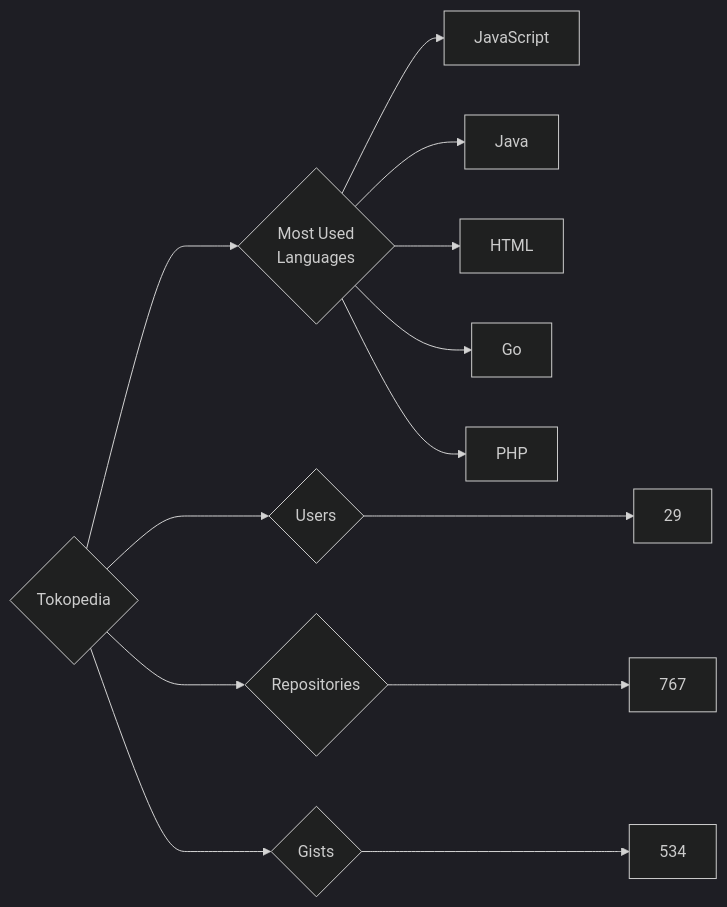
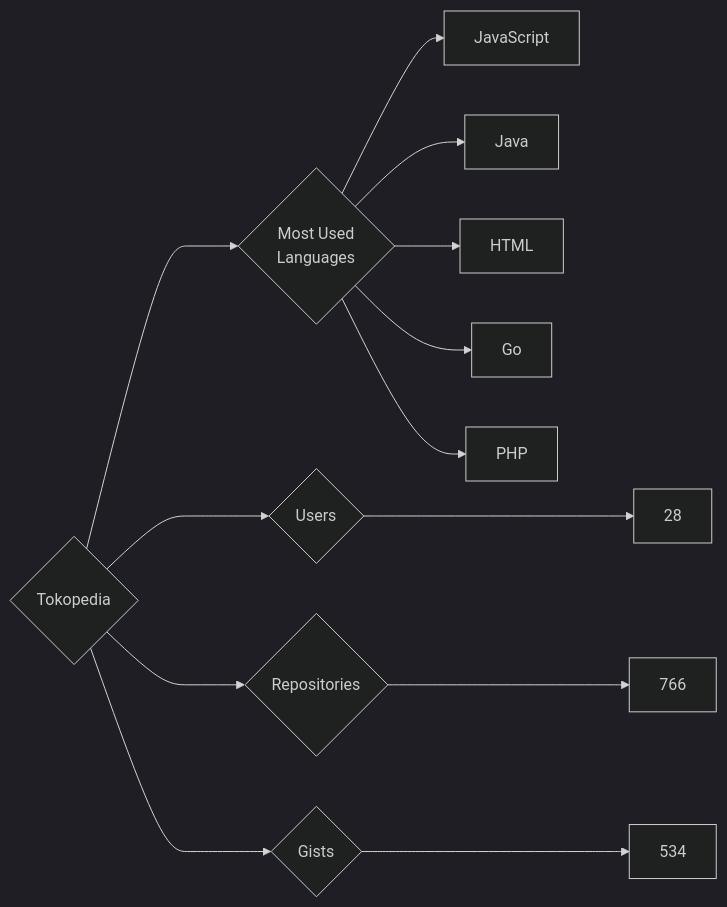
One commit to trickest/insiders changed the diagram in targets/Tokopedia/README.md. Above: the diagram before and after it, drawn with Mermaid (dark theme). The commit also changed 725 other files, not shown here.

````diff
--- a/targets/Tokopedia/README.md
+++ b/targets/Tokopedia/README.md
@@ -3,13 +3,13 @@
 ```mermaid
 graph LR
 COMPANY_NAME{Tokopedia}
-COMPANY_NAME ---> U{Users} ---> UN[29]
-COMPANY_NAME ---> R{Repositories} ---> RN[767]
+COMPANY_NAME ---> U{Users} ---> UN[28]
+COMPANY_NAME ---> R{Repositories} ---> RN[766]
 COMPANY_NAME ---> G{Gists} ---> GN[534]
 COMPANY_NAME ---> ML{Most Used<br>Languages}
 ML --> JavaScript[JavaScript]
 ML --> Java[Java]
 ML --> HTML[HTML]
 ML --> Go[Go]
 ML --> PHP[PHP]
 ```
````
